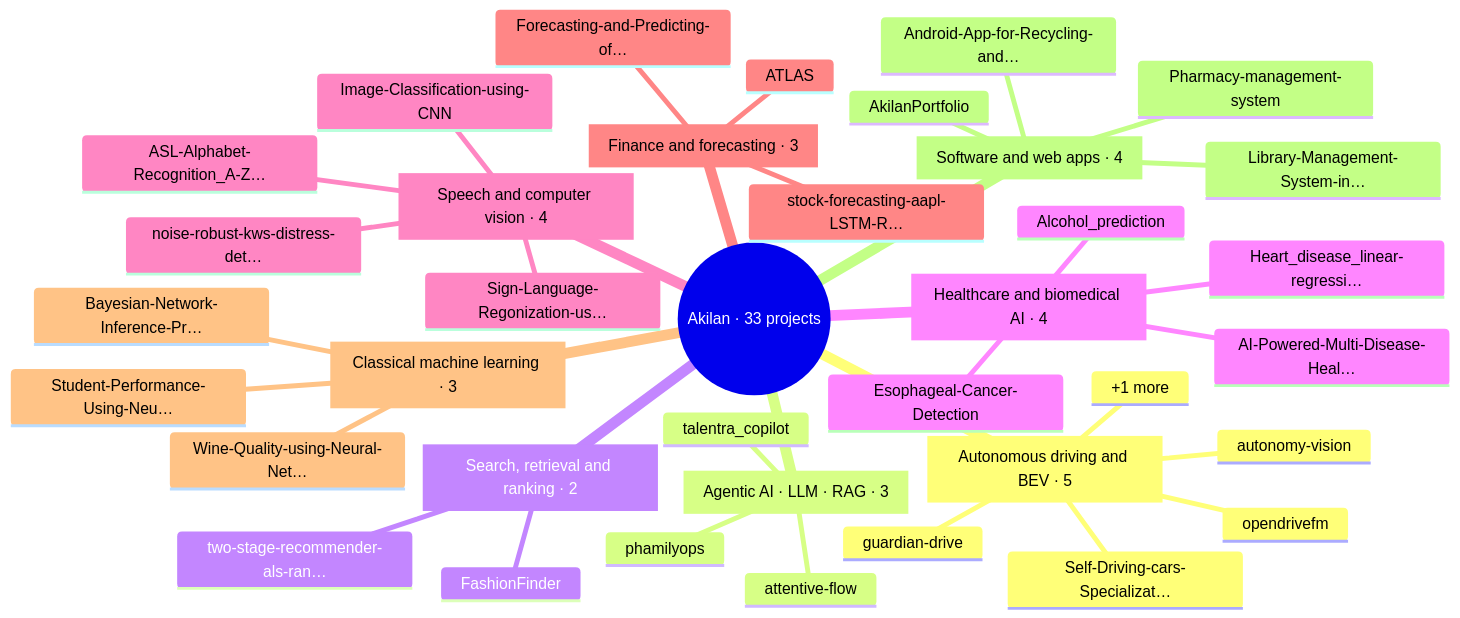
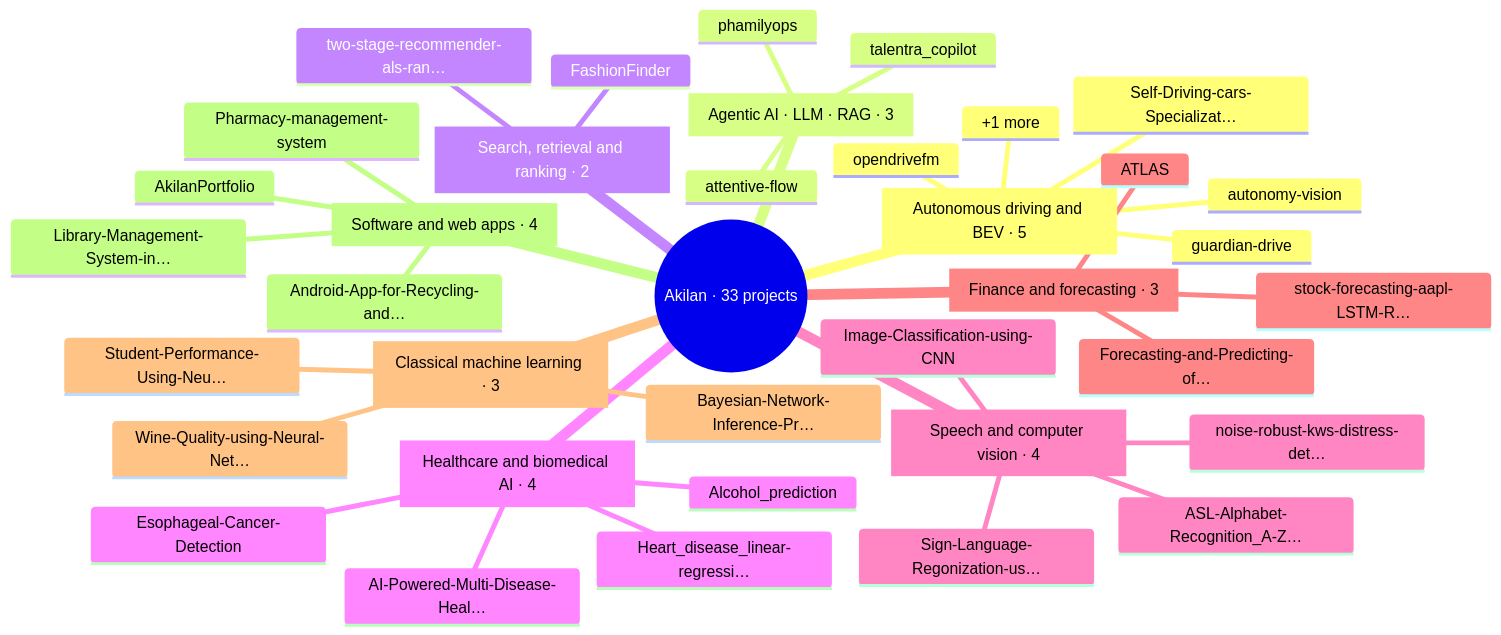
Before and after one commit to AkilanManivannanak/AkilanManivannanak: the diagram in README.md, drawn with Mermaid. The commit also changed other lines of this file and 14 other files, not shown here.

````diff
--- a/README.md
+++ b/README.md
@@ -99,40 +99,40 @@
 ```mermaid
 mindmap
   root((Akilan · 33 projects))
     av[Autonomous driving and BEV · 5]
       opendrivefm
       guardian-drive
       Self-Driving-cars-Specializat…
       autonomy-vision
       +1 more
     agentic[Agentic AI · LLM · RAG · 3]
       talentra_copilot
+      attentive-flow
       phamilyops
-      attentive-flow
     rank[Search, retrieval and ranking · 2]
       two-stage-recommender-als-ran…
       FashionFinder
     health[Healthcare and biomedical AI · 4]
       Esophageal-Cancer-Detection
       AI-Powered-Multi-Disease-Heal…
       Alcohol_prediction
       Heart_disease_linear-regressi…
     signal[Speech and computer vision · 4]
       noise-robust-kws-distress-det…
       Sign-Language-Regonization-us…
       ASL-Alphabet-Recognition_A-Z…
       Image-Classification-using-CNN
     finance[Finance and forecasting · 3]
       stock-forecasting-aapl-LSTM-R…
       ATLAS
       Forecasting-and-Predicting-of…
     ml[Classical machine learning · 3]
-      Wine-Quality-using-Neural-Net…
       Student-Performance-Using-Neu…
       Bayesian-Network-Inference-Pr…
+      Wine-Quality-using-Neural-Net…
     apps[Software and web apps · 4]
       AkilanPortfolio
+      Library-Management-System-in…
       Pharmacy-management-system
-      Library-Management-System-in…
       Android-App-for-Recycling-and…
 ```
````
